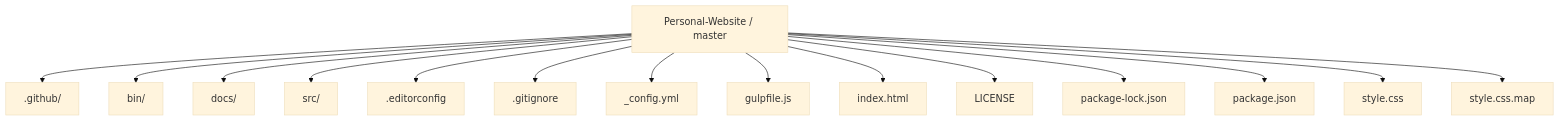
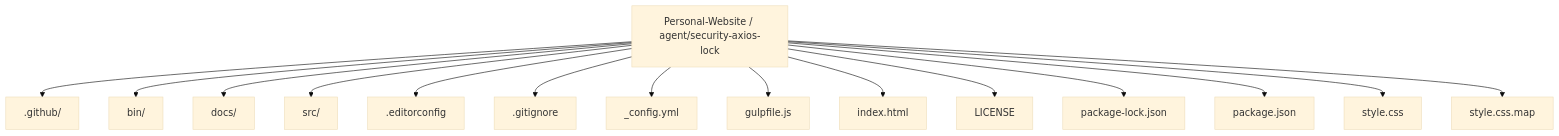
The first of 5 diagrams in README.md (Nischhalsubba/Personal-Website), drawn with Mermaid (base theme) before and after one commit. The commit also changed other lines of this file, not shown here.

````diff
--- a/README.md
+++ b/README.md
@@ -57,18 +57,18 @@
 ```mermaid
 flowchart TD
-    ROOT["Personal-Website / master"]
+    ROOT["Personal-Website / agent/security-axios-lock"]
     ROOT --> P0[".github/"]
     ROOT --> P1["bin/"]
     ROOT --> P2["docs/"]
     ROOT --> P3["src/"]
     ROOT --> P4[".editorconfig"]
     ROOT --> P5[".gitignore"]
     ROOT --> P6["_config.yml"]
     ROOT --> P7["gulpfile.js"]
     ROOT --> P8["index.html"]
     ROOT --> P9["LICENSE"]
     ROOT --> P10["package-lock.json"]
     ROOT --> P11["package.json"]
     ROOT --> P12["style.css"]
     ROOT --> P13["style.css.map"]
 ```
````
